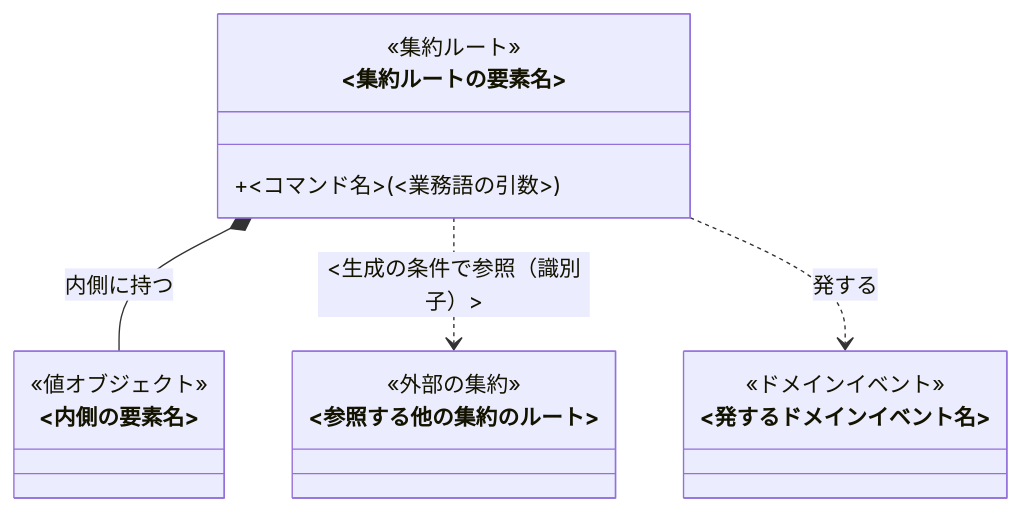
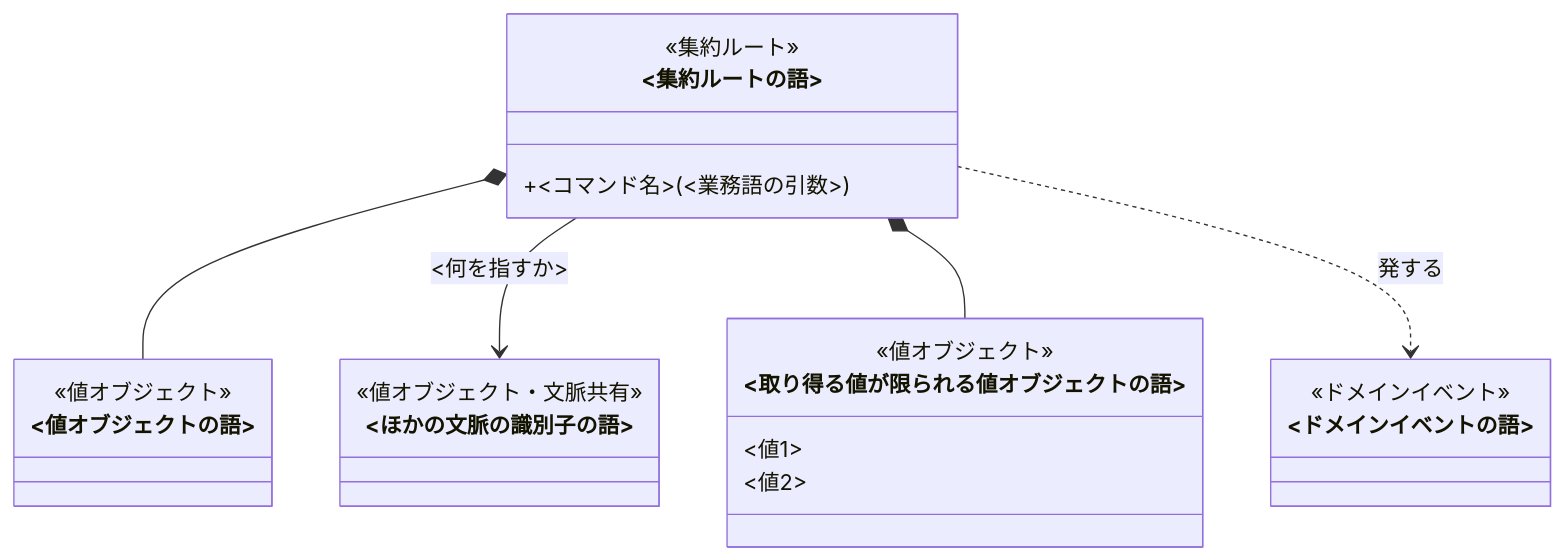
One commit to nakamori-naoya/write-doc-plugins changed the first of 2 diagrams in plugins/write-doc/skills/write-doc/assets/templates/domain-model.md. Above: the diagram before and after it, drawn with Mermaid. The commit also changed other lines of this file and 1 other file, not shown here.

First line of the commit message:
feat(domain-model): 型を図が主役の形へ作り直し、見本を図書館の貸出にする

````diff
--- a/plugins/write-doc/skills/write-doc/assets/templates/domain-model.md
+++ b/plugins/write-doc/skills/write-doc/assets/templates/domain-model.md
@@ -76,19 +31,25 @@
 ```mermaid
 classDiagram
-    class Root["<集約ルートの要素名>"] {
+    class Root["<集約ルートの語>"] {
         <<集約ルート>>
         +<コマンド名>(<業務語の引数>)
     }
-    class Inner["<内側の要素名>"] {
+    class Value["<値オブジェクトの語>"] {
         <<値オブジェクト>>
     }
-    class Other["<参照する他の集約のルート>"] {
-        <<外部の集約>>
+    class Shared["<ほかの文脈の識別子の語>"] {
+        <<値オブジェクト・文脈共有>>
     }
-    class Event["<発するドメインイベント名>"] {
+    class Limited["<取り得る値が限られる値オブジェクトの語>"] {
+        <<値オブジェクト>>
+        <値1>
+        <値2>
+    }
+    class Happened["<ドメインイベントの語>"] {
         <<ドメインイベント>>
     }
-    Root *-- Inner : 内側に持つ
-    Root ..> Other : <生成の条件で参照（識別子）>
-    Root ..> Event : 発する
+    Root *-- Value
+    Root --> Shared : <何を指すか>
+    Root *-- Limited
+    Root ..> Happened : 発する
 ```
````
